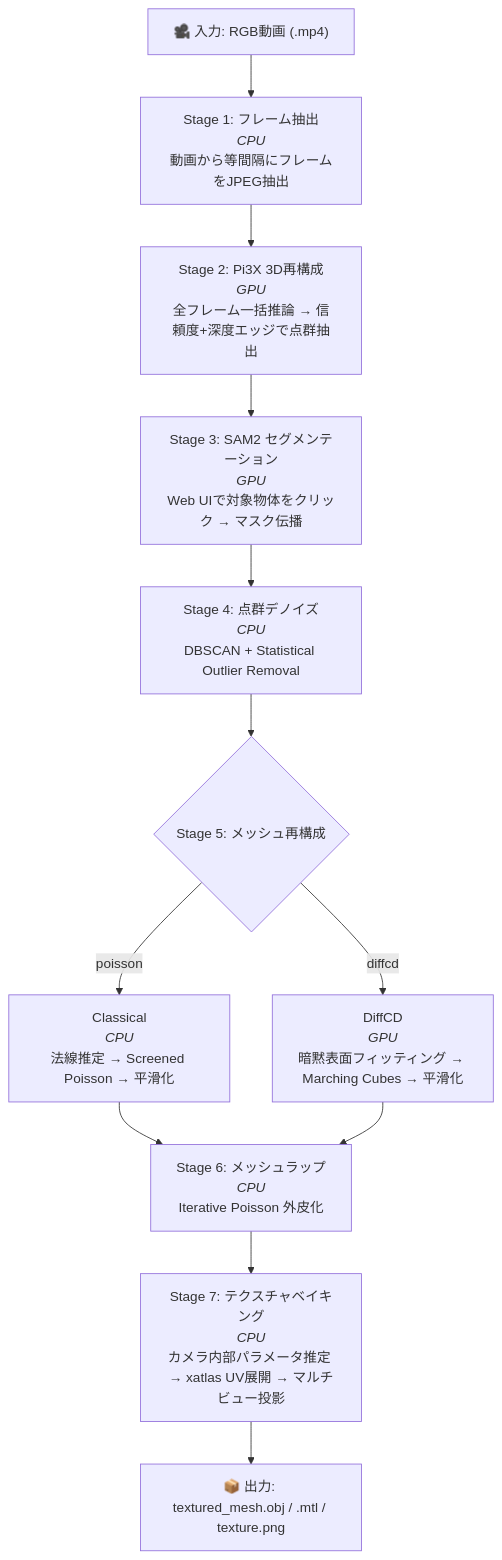
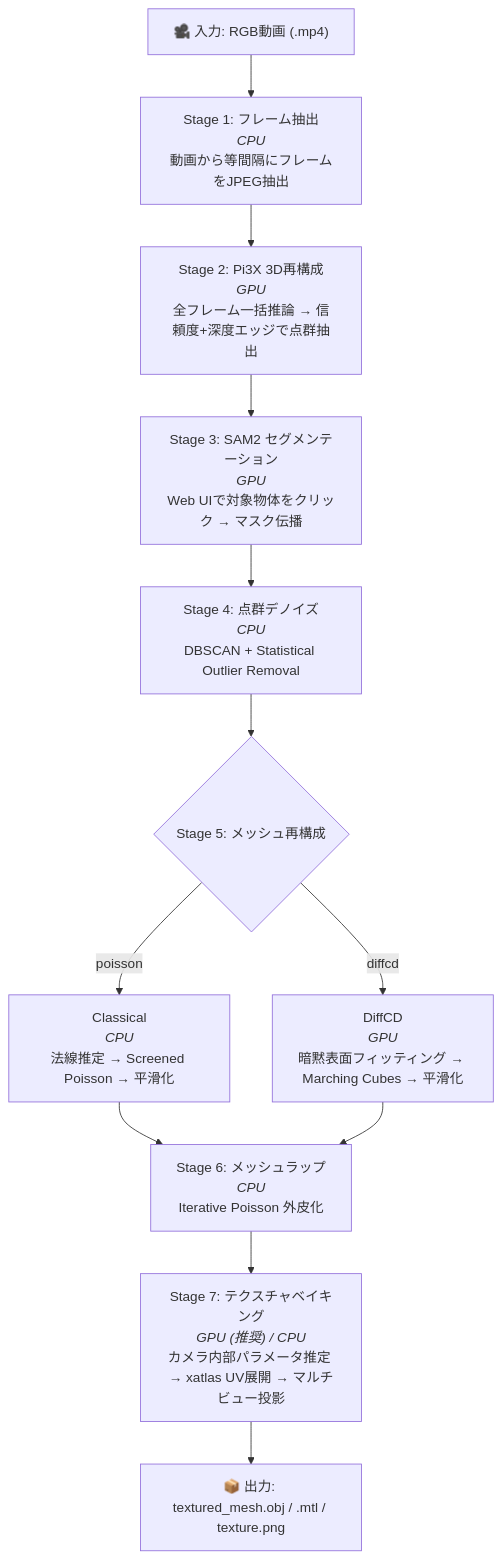
One commit to TANUKIpro/3d-recon-pipeline changed the diagram in README.md. Above: the diagram before and after it, drawn with Mermaid. The commit also changed other lines of this file and 4 other files, not shown here.

````diff
--- a/README.md
+++ b/README.md
@@ -15,21 +15,21 @@
 ```mermaid
 graph TD
     INPUT["🎥 入力: RGB動画 (.mp4)"]
     S1["Stage 1: フレーム抽出<br/><i>CPU</i><br/>動画から等間隔にフレームをJPEG抽出"]
     S2["Stage 2: Pi3X 3D再構成<br/><i>GPU</i><br/>全フレーム一括推論 → 信頼度+深度エッジで点群抽出"]
     S3["Stage 3: SAM2 セグメンテーション<br/><i>GPU</i><br/>Web UIで対象物体をクリック → マスク伝播"]
     S4["Stage 4: 点群デノイズ<br/><i>CPU</i><br/>DBSCAN + Statistical Outlier Removal"]
     S5{"Stage 5: メッシュ再構成"}
     S5C["Classical<br/><i>CPU</i><br/>法線推定 → Screened Poisson → 平滑化"]
     S5D["DiffCD<br/><i>GPU</i><br/>暗黙表面フィッティング → Marching Cubes → 平滑化"]
     S6["Stage 6: メッシュラップ<br/><i>CPU</i><br/>Iterative Poisson 外皮化"]
-    S7["Stage 7: テクスチャベイキング<br/><i>CPU</i><br/>カメラ内部パラメータ推定 → xatlas UV展開 → マルチビュー投影"]
+    S7["Stage 7: テクスチャベイキング<br/><i>GPU (推奨) / CPU</i><br/>カメラ内部パラメータ推定 → xatlas UV展開 → マルチビュー投影"]
     OUTPUT["📦 出力: textured_mesh.obj / .mtl / texture.png"]
 
     INPUT --> S1 --> S2 --> S3 --> S4 --> S5
     S5 -->|poisson| S5C
     S5 -->|diffcd| S5D
     S5C --> S6
     S5D --> S6
     S6 --> S7 --> OUTPUT
 ```
````
